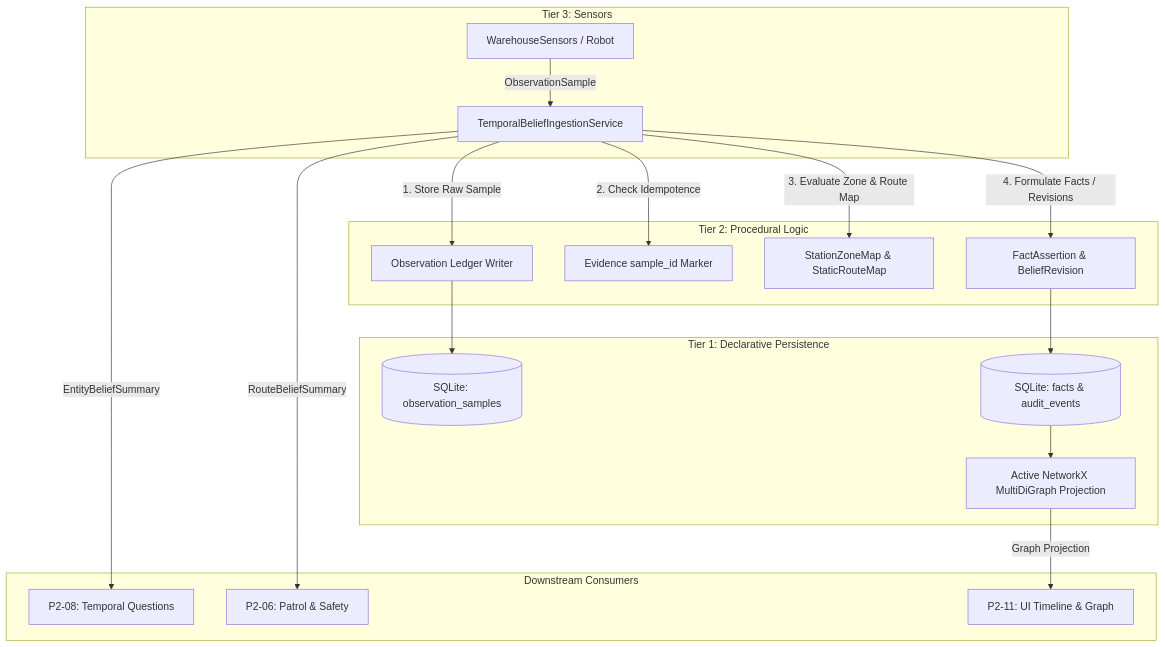
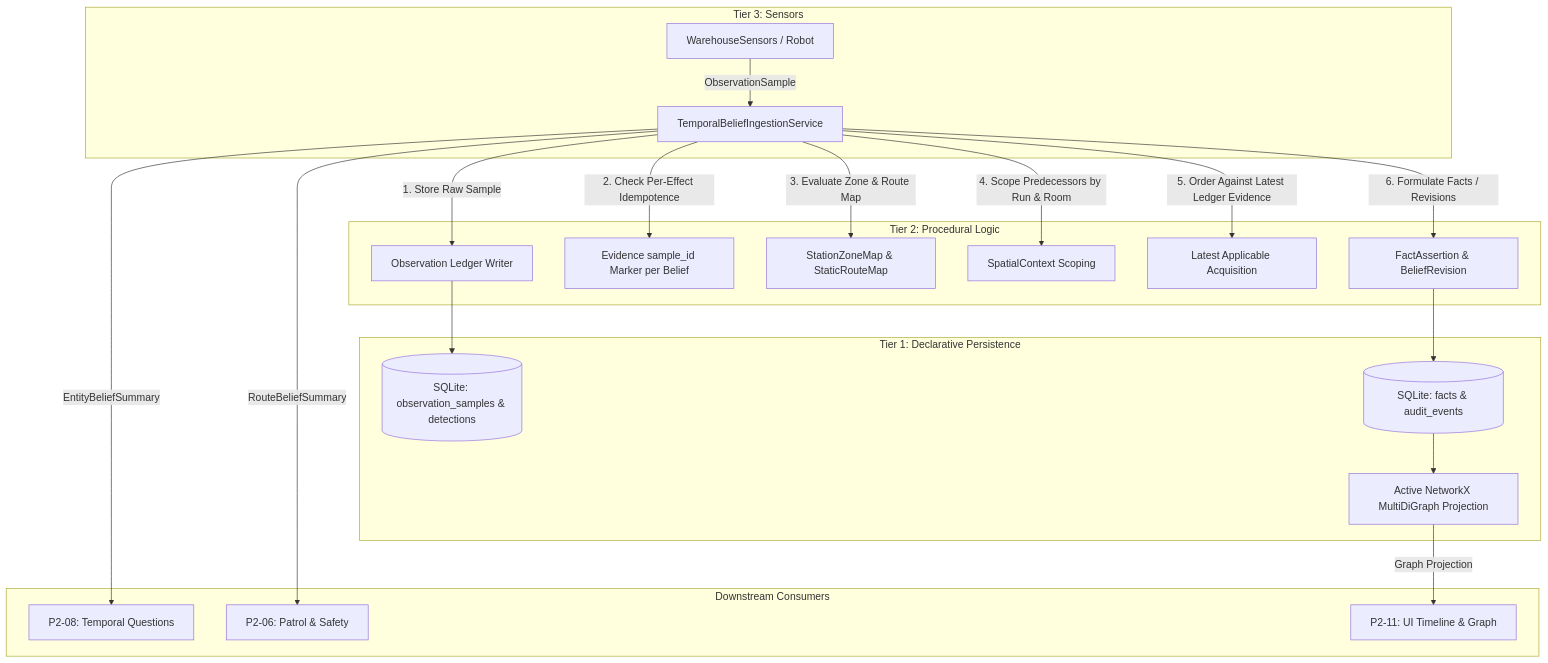
Before and after one commit to dhruvkshah75/groundtruth: the diagram in docs/phase-two/Temporal_Belief_Ingestion.md, drawn with Mermaid. The commit also changed other lines of this file and 3 other files, not shown here.

Commit message:
fix(p2-05): address PR #40 review comments on ordering, run scoping, retry, and handoff

````diff
--- a/docs/phase-two/Temporal_Belief_Ingestion.md
+++ b/docs/phase-two/Temporal_Belief_Ingestion.md
@@ -20,25 +21,27 @@
 ```mermaid
 flowchart TD
     subgraph Tier 3: Sensors
-        S[WarehouseSensors / Robot] -->|ObservationSample| T2[TemporalBeliefIngestionService]
+        S["WarehouseSensors / Robot"] -->|ObservationSample| T2[TemporalBeliefIngestionService]
     end
 
     subgraph Tier 2: Procedural Logic
         T2 -->|1. Store Raw Sample| OL[Observation Ledger Writer]
-        T2 -->|2. Check Idempotence| FIM[Evidence sample_id Marker]
+        T2 -->|2. Check Per-Effect Idempotence| FIM[Evidence sample_id Marker per Belief]
         T2 -->|3. Evaluate Zone & Route Map| ZM[StationZoneMap & StaticRouteMap]
-        T2 -->|4. Formulate Facts / Revisions| FR[FactAssertion & BeliefRevision]
+        T2 -->|4. Scope Predecessors by Run & Room| SC[SpatialContext Scoping]
+        T2 -->|5. Order Against Latest Ledger Evidence| OE[Latest Applicable Acquisition]
+        T2 -->|6. Formulate Facts / Revisions| FR[FactAssertion & BeliefRevision]
     end
 
     subgraph Tier 1: Declarative Persistence
-        OL --> DB[(SQLite: observation_samples)]
-        FR --> MR[(SQLite: facts & audit_events)]
+        OL --> DB[("SQLite: observation_samples & detections")]
+        FR --> MR[("SQLite: facts & audit_events")]
         MR --> AG[Active NetworkX MultiDiGraph Projection]
     end
 
     subgraph Downstream Consumers
         T2 -->|EntityBeliefSummary| P208[P2-08: Temporal Questions]
         T2 -->|RouteBeliefSummary| P206[P2-06: Patrol & Safety]
         AG -->|Graph Projection| P211[P2-11: UI Timeline & Graph]
     end
 ```
````
